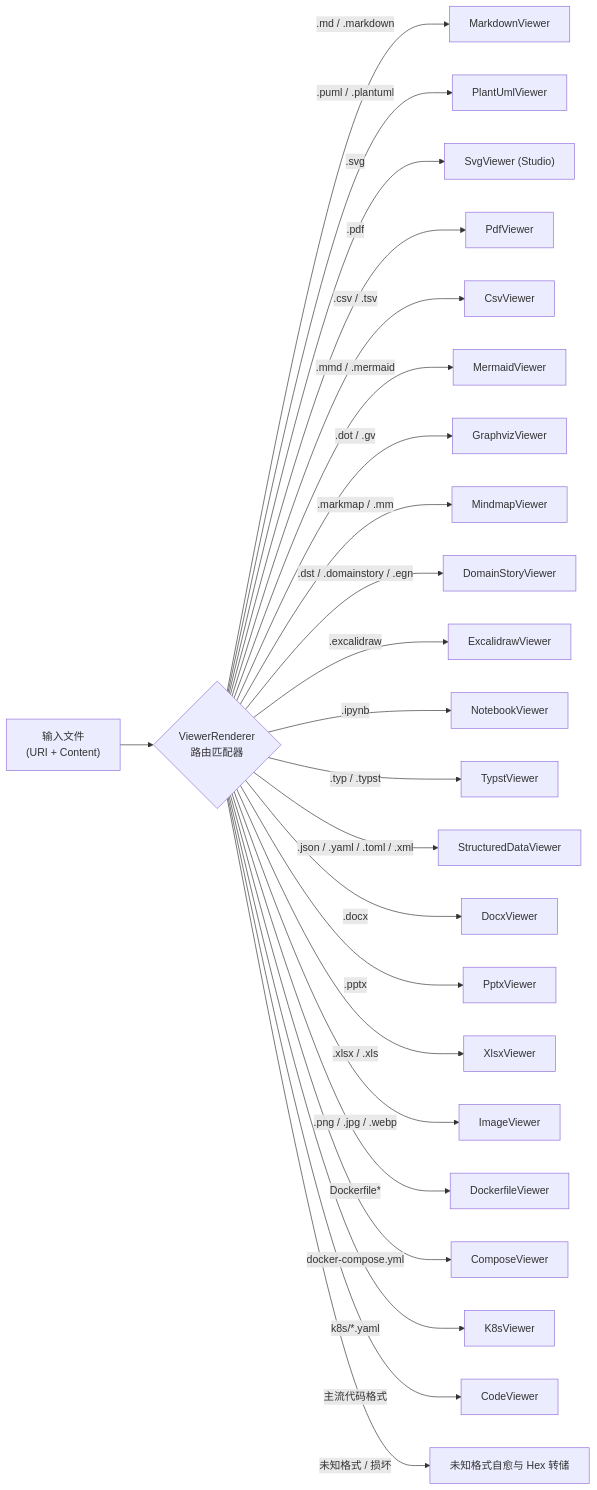
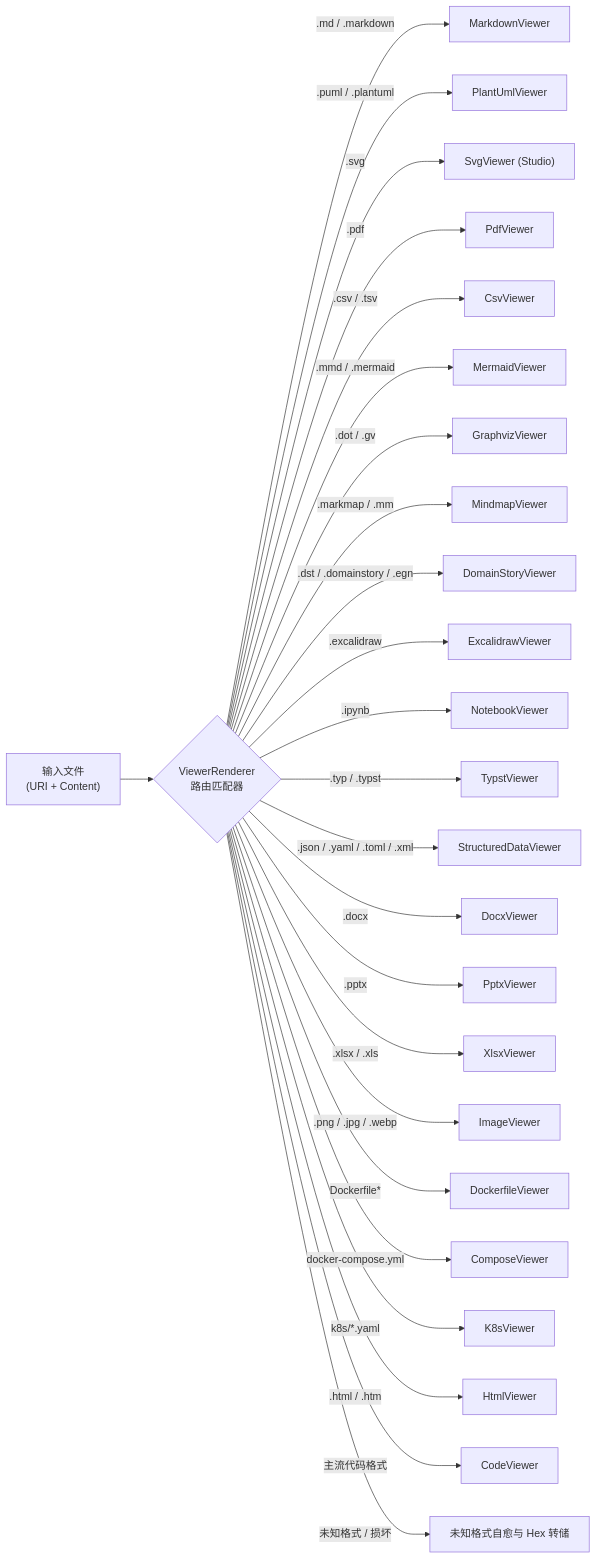
Before and after one commit to fsyyzz/OmniView-Open: the fourth of 6 diagrams in docs/architecture.md, drawn with Mermaid. The commit also changed 15 other files, not shown here.

````diff
--- a/docs/architecture.md
+++ b/docs/architecture.md
@@ -113,27 +113,28 @@
 ```mermaid
 flowchart LR
     File["输入文件<br/>(URI + Content)"] --> Router{"ViewerRenderer<br/>路由匹配器"}
 
     Router -->|".md / .markdown"| D_MD["MarkdownViewer"]
     Router -->|".puml / .plantuml"| D_PUML["PlantUmlViewer"]
     Router -->|".svg"| D_SVG["SvgViewer (Studio)"]
     Router -->|".pdf"| D_PDF["PdfViewer"]
     Router -->|".csv / .tsv"| D_CSV["CsvViewer"]
     Router -->|".mmd / .mermaid"| D_MMD["MermaidViewer"]
     Router -->|".dot / .gv"| D_GV["GraphvizViewer"]
     Router -->|".markmap / .mm"| D_MM["MindmapViewer"]
     Router -->|".dst / .domainstory / .egn"| D_DS["DomainStoryViewer"]
     Router -->|".excalidraw"| D_EXC["ExcalidrawViewer"]
     Router -->|".ipynb"| D_NB["NotebookViewer"]
     Router -->|".typ / .typst"| D_TYP["TypstViewer"]
     Router -->|".json / .yaml / .toml / .xml"| D_DATA["StructuredDataViewer"]
     Router -->|".docx"| D_DOCX["DocxViewer"]
     Router -->|".pptx"| D_PPTX["PptxViewer"]
     Router -->|".xlsx / .xls"| D_XLSX["XlsxViewer"]
     Router -->|".png / .jpg / .webp"| D_IMG["ImageViewer"]
     Router -->|"Dockerfile*"| D_DF["DockerfileViewer"]
     Router -->|"docker-compose.yml"| D_DC["ComposeViewer"]
     Router -->|"k8s/*.yaml"| D_K8S["K8sViewer"]
+    Router -->|".html / .htm"| D_HTML["HtmlViewer"]
     Router -->|"主流代码格式"| D_CODE["CodeViewer"]
     Router -->|"未知格式 / 损坏"| D_FALLBACK["未知格式自愈与 Hex 转储"]
 ```
````
